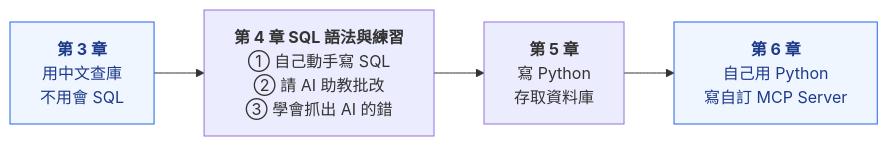
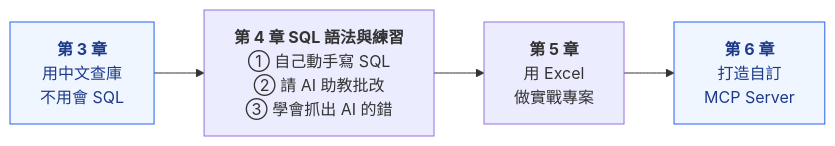
Before and after one commit to roberthsu2003/postgreSQL_MCP: the second of 2 diagrams in MCP操作資料庫/README.md, drawn with Mermaid. The commit also changed 13 other files, not shown here.

First line of the commit message:
docs: drop the Python chapter and end with the MCP server

````diff
--- a/MCP操作資料庫/README.md
+++ b/MCP操作資料庫/README.md
@@ -54,9 +54,9 @@
 ```mermaid
 flowchart LR
     C3["<b>第 3 章</b><br/>用中文查庫<br/>不用會 SQL"] --> C4["<b>第 4 章 SQL 語法與練習</b><br/>① 自己動手寫 SQL<br/>② 請 AI 助教批改<br/>③ 學會抓出 AI 的錯"]
-    C4 --> C6["<b>第 5 章</b><br/>寫 Python<br/>存取資料庫"]
-    C6 --> C8["<b>第 6 章</b><br/>自己用 Python<br/>寫自訂 MCP Server"]
+    C4 --> C6["<b>第 5 章</b><br/>用 Excel<br/>做實戰專案"]
+    C6 --> C8["<b>第 6 章</b><br/>打造自訂<br/>MCP Server"]
 
     classDef mcp fill:#eff6ff,stroke:#2563eb,color:#1e3a8a
     class C3,C8 mcp
 ```
````
